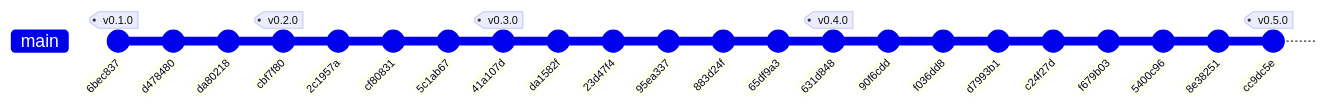
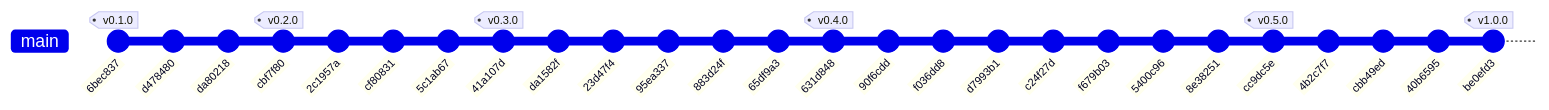
One commit to jeremialcala/bcv-fx-ingestor changed the diagram in docs/03-implementation/repo-history.md. Above: the diagram before and after it, drawn with Mermaid. The commit also changed other lines of this file, not shown here.

Commit message:
docs: regenerar historial vivo tras el tag v1.0.0 — ciclo AI-DLC completo

````diff
--- a/docs/03-implementation/repo-history.md
+++ b/docs/03-implementation/repo-history.md
@@ -19,25 +19,29 @@
 ```mermaid
 gitGraph
     commit id: "6bec837" tag: "v0.1.0"
     commit id: "d478480"
     commit id: "da80218"
     commit id: "cbf7f80" tag: "v0.2.0"
     commit id: "2c1957a"
     commit id: "cf80831"
     commit id: "5c1ab67"
     commit id: "41a107d" tag: "v0.3.0"
     commit id: "da1582f"
     commit id: "23d47f4"
     commit id: "95ea337"
     commit id: "883d24f"
     commit id: "65df9a3"
     commit id: "631d848" tag: "v0.4.0"
     commit id: "90f6cdd"
     commit id: "f036dd8"
     commit id: "d7993b1"
     commit id: "c24f27d"
     commit id: "f679b03"
     commit id: "5400c96"
     commit id: "8e38251"
     commit id: "cc9dc5e" tag: "v0.5.0"
+    commit id: "4b2c7f7"
+    commit id: "cbb49ed"
+    commit id: "40b6595"
+    commit id: "be0efd3" tag: "v1.0.0"
 ```
````
